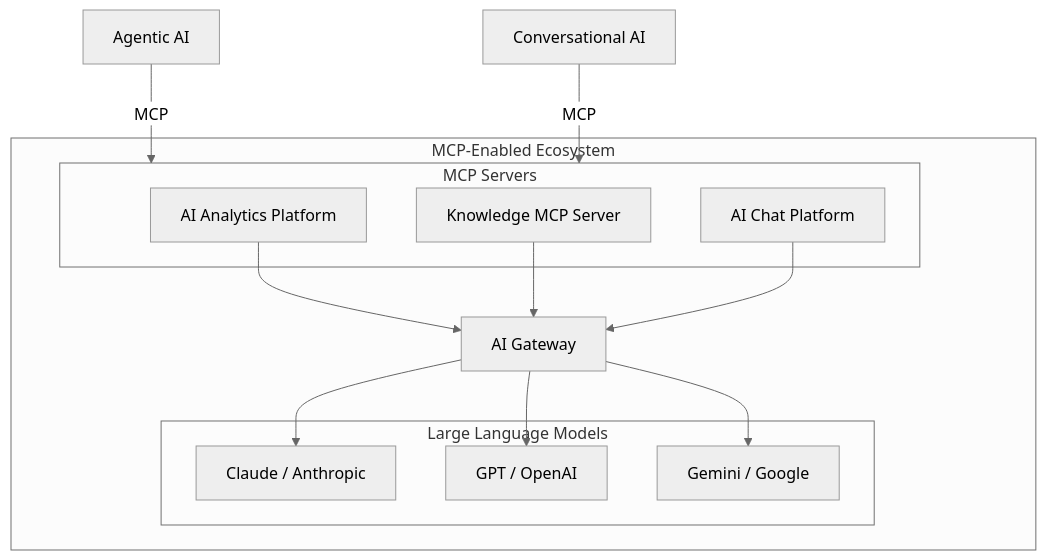
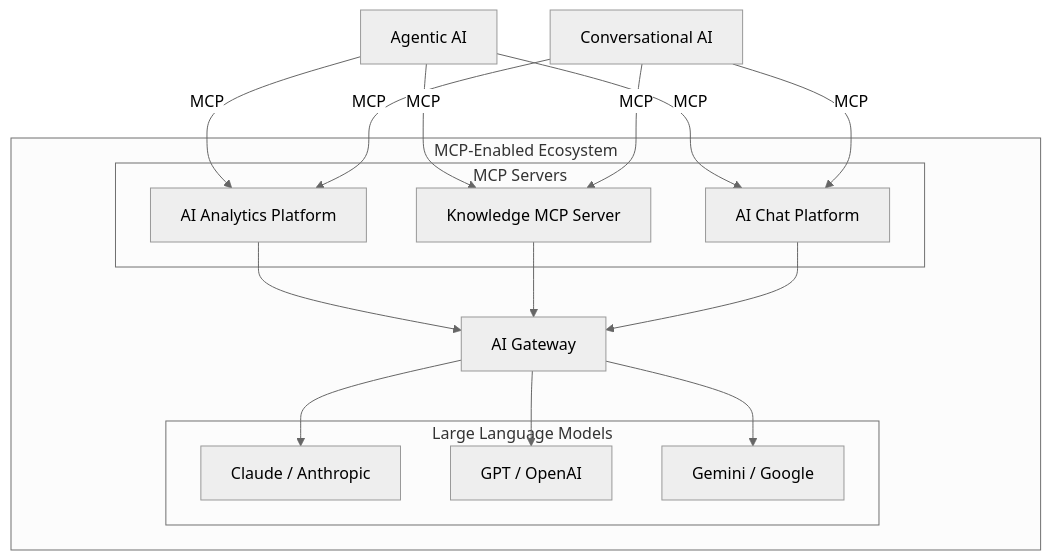
One commit to M-A-Operating-System/shared-work changed the diagram in README.md. Above: the diagram before and after it, drawn with Mermaid (neutral theme). The commit also changed other lines of this file, not shown here.

Commit message:
docs(readme): fix Mermaid edges to nodes; rename section to Practical AI and Data Ecosystem
https://claude.ai/code/session_01CYjqpWt1v2JhCDuDBEJCSM

````diff
--- a/README.md
+++ b/README.md
@@ -39,31 +39,35 @@
 ```mermaid
-graph TB
+flowchart TB
     AgAI[Agentic AI]
     ConvAI[Conversational AI]
 
     subgraph Ecosystem["MCP-Enabled Ecosystem"]
         subgraph MCPServers["MCP Servers"]
             AN[AI Analytics Platform]
             KN[Knowledge MCP Server]
             CH[AI Chat Platform]
         end
 
         GW[AI Gateway]
 
         subgraph LLMPool["Large Language Models"]
             L1[Claude / Anthropic]
             L2[GPT / OpenAI]
             L3[Gemini / Google]
         end
 
         AN --> GW
         KN --> GW
         CH --> GW
         GW --> L1
         GW --> L2
         GW --> L3
     end
 
-    AgAI -->|MCP| MCPServers
-    ConvAI -->|MCP| MCPServers
+    AgAI -->|MCP| AN
+    AgAI -->|MCP| KN
+    AgAI -->|MCP| CH
+    ConvAI -->|MCP| AN
+    ConvAI -->|MCP| KN
+    ConvAI -->|MCP| CH
 ```
````
